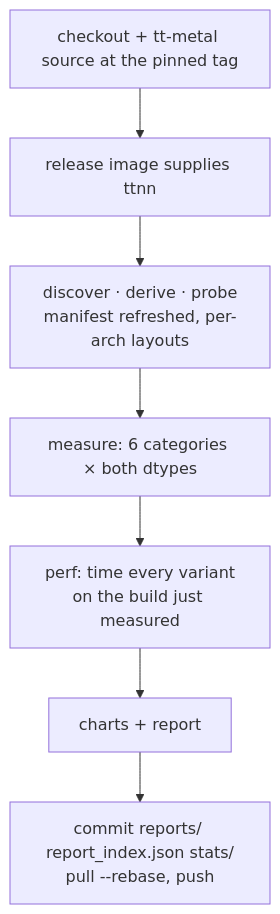
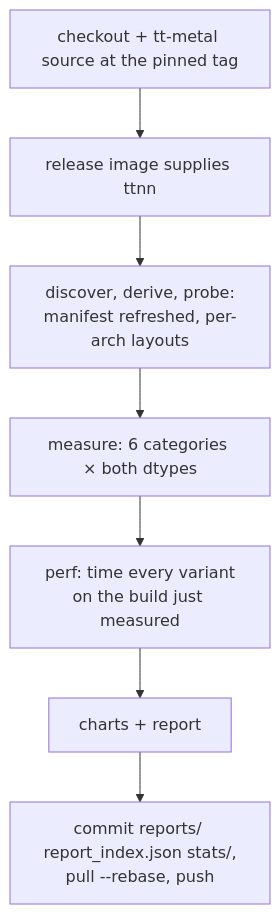
Before and after one commit to tenstorrent/tt-eltwise-accuracy-report: the third of 4 diagrams in .github/workflows/README.md, drawn with Mermaid. The commit also changed other lines of this file and 6 other files, not shown here.

````diff
--- a/.github/workflows/README.md
+++ b/.github/workflows/README.md
@@ -53,9 +85,9 @@
 ```mermaid
 flowchart TD
     A["checkout + tt-metal source at the pinned tag"] --> B["release image supplies ttnn"]
-    B --> C["discover · derive · probe<br/>manifest refreshed, per-arch layouts"]
+    B --> C["discover, derive, probe:<br/>manifest refreshed, per-arch layouts"]
     C --> D["measure: 6 categories × both dtypes"]
     D --> P["perf: time every variant<br/>on the build just measured"]
     P --> E["charts + report"]
-    E --> F["commit reports/ report_index.json stats/<br/>pull --rebase, push"]
+    E --> F["commit reports/ report_index.json stats/,<br/>pull --rebase, push"]
 ```
````
